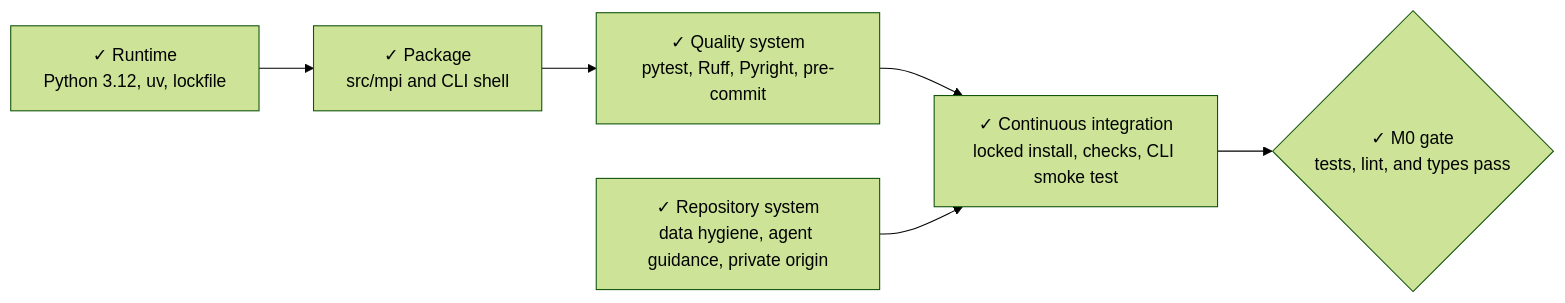
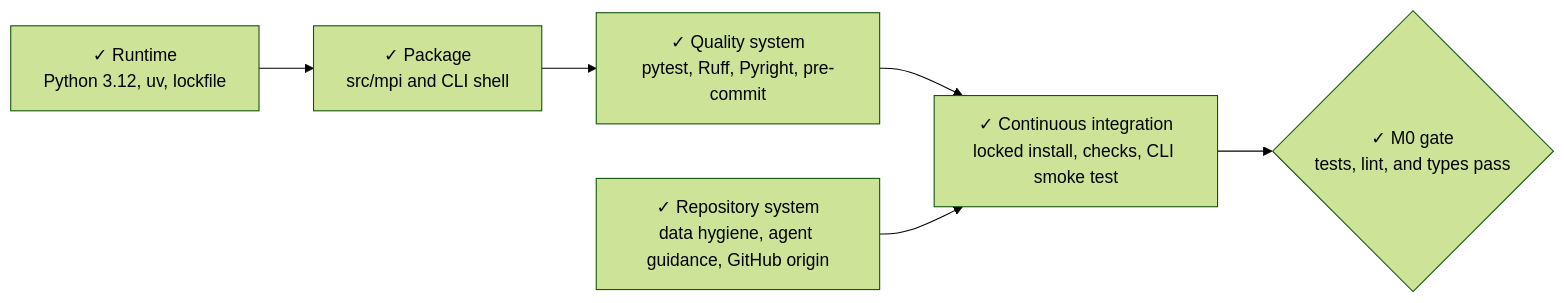
One commit to stevennitesh/manufacturing-process-intelligence changed the diagram in docs/milestones/m00-foundation.md. Above: the diagram before and after it, drawn with Mermaid (forest theme). The commit also changed other lines of this file and 3 other files, not shown here.

````diff
--- a/docs/milestones/m00-foundation.md
+++ b/docs/milestones/m00-foundation.md
@@ -8,12 +8,12 @@
 ```mermaid
 flowchart LR
     R["✓ Runtime<br/>Python 3.12, uv, lockfile"]
     P["✓ Package<br/>src/mpi and CLI shell"]
     Q["✓ Quality system<br/>pytest, Ruff, Pyright, pre-commit"]
-    D["✓ Repository system<br/>data hygiene, agent guidance, private origin"]
+    D["✓ Repository system<br/>data hygiene, agent guidance, GitHub origin"]
     I["✓ Continuous integration<br/>locked install, checks, CLI smoke test"]
     G{"✓ M0 gate<br/>tests, lint, and types pass"}
 
     R --> P --> Q --> I --> G
     D --> I
 ```
````
